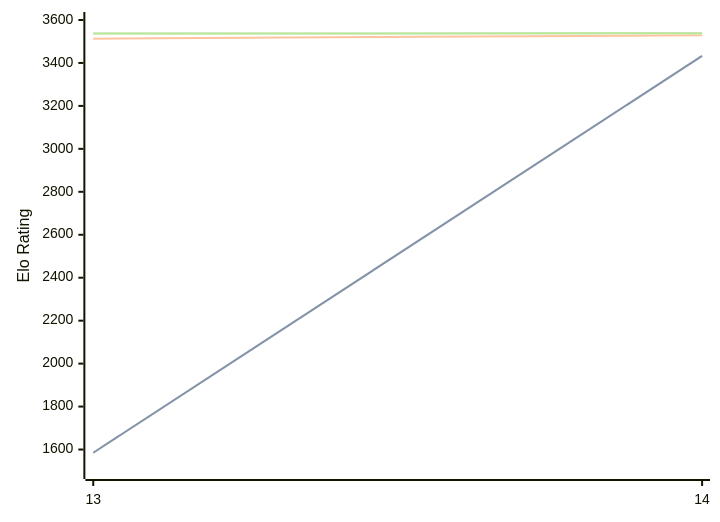
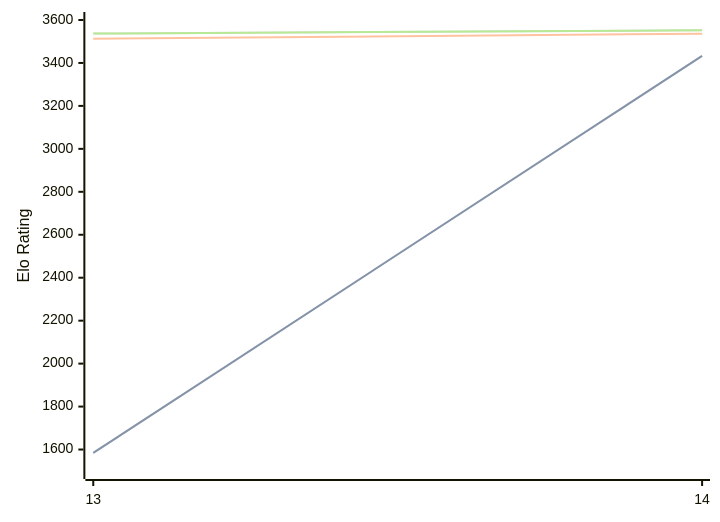
Before and after one commit to computer-chess-index/cci: the third of 3 diagrams in engines/Berserk.md, drawn with Mermaid. The commit also changed other lines of this file, not shown here.

Commit message:
Update CCI Ratings (ELO VLTC) - 2026-06-26

````diff
--- a/engines/Berserk.md
+++ b/engines/Berserk.md
@@ -96,11 +96,11 @@
 ```mermaid
 %%{init: {"theme":"base","themeVariables":{"seriesColors:['#a3a3a3','#222221','#faa371']}}}%%
 xychart-beta
   x-axis ["13", "14"]
   y-axis "Elo Rating" 1500 --> 3600
-  line "STC (8.0+0.08s)" [1585, 3433]
-  line "STC (8.0+0.08s)" [1585, 3433]
-  line "LTC (60.0+0.60s)" [3513, 3529]
-  line "VLTC (2m24s+1.12s)" [3537, 3538]
-  line "VLTC (2m24s+1.12s)" [3537, 3538]
+  line "STC (8.0+0.08s)" [1584, 3433]
+  line "STC (8.0+0.08s)" [1584, 3433]
+  line "LTC (60.0+0.60s)" [3513, 3536]
+  line "VLTC (2m24s+1.12s)" [3537, 3552]
+  line "VLTC (2m24s+1.12s)" [3537, 3552]
 ```
````
